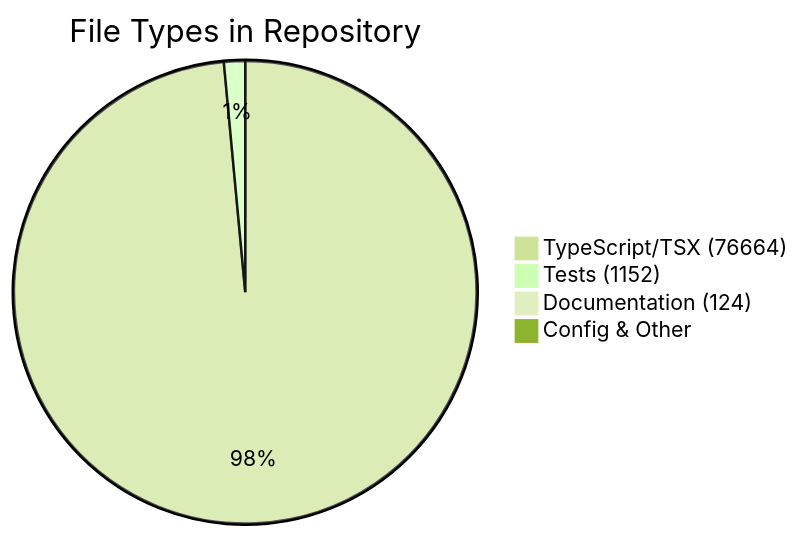
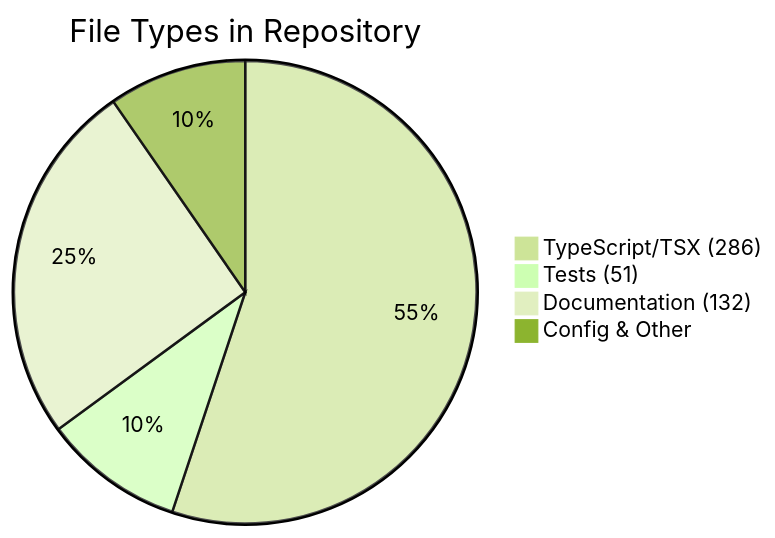
Before and after one commit to peteywee/fresh-root: the diagram in docs/visuals/FILE_DISTRIBUTION.md, drawn with Mermaid (forest theme). The commit also changed other lines of this file and 2 other files, not shown here.

Commit message:
chore(visuals): auto-update architecture and repo state diagrams
- Architecture: monorepo structure and dependencies

- Repo State: branch status and git history

- Dependency Health: vulnerability and peer dep analysis

- File Distribution: code metrics and organization

Generated by: automation/generate-visuals.yml

````diff
--- a/docs/visuals/FILE_DISTRIBUTION.md
+++ b/docs/visuals/FILE_DISTRIBUTION.md
@@ -3,7 +3,7 @@
 ```mermaid
 pie title File Types in Repository
-    "TypeScript/TSX (76664)" : 76664
-    "Tests (1152)" : 1152
-    "Documentation (124)" : 124
+    "TypeScript/TSX (286)" : 286
+    "Tests (51)" : 51
+    "Documentation (132)" : 132
     "Config & Other" : 50
 ```
````
